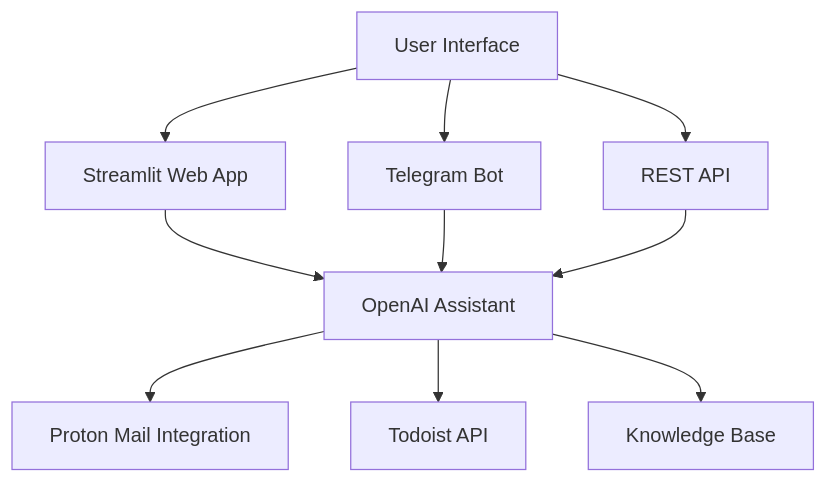
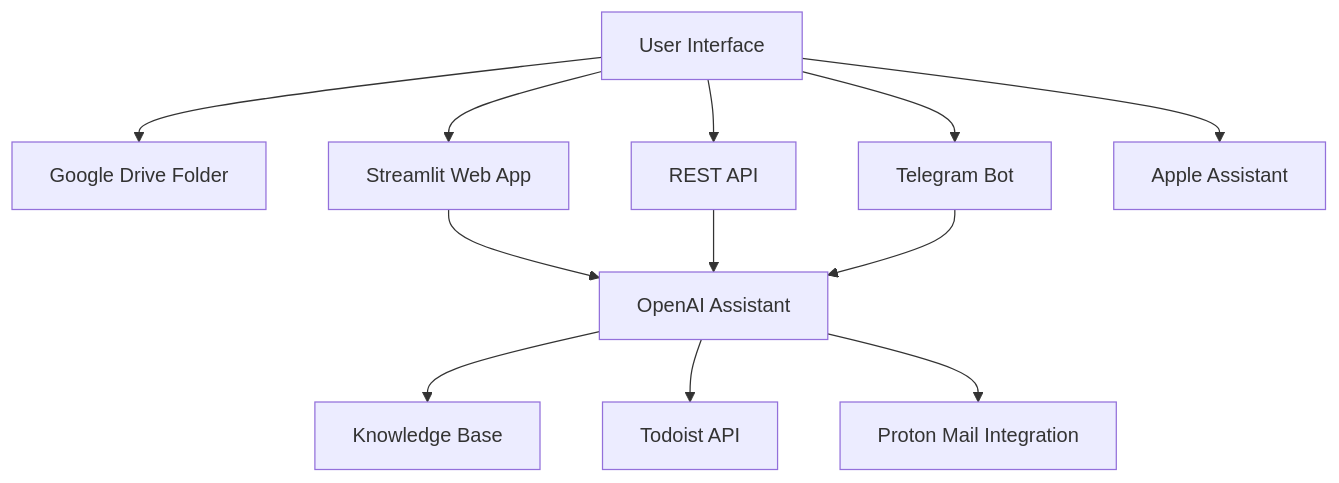
Before and after one commit to dberweger2017/ai-personal-assistant: the diagram in README.md, drawn with Mermaid.

Commit message:
Update flowchart in README.md to reflect changes in user interface components

````diff
--- a/README.md
+++ b/README.md
@@ -35,12 +35,14 @@
 ```mermaid
 graph TD
-    A[User Interface] --> B[Streamlit Web App]
-    A --> C[Telegram Bot]
+    A[User Interface] --> B[Google Drive Folder]
+    A --> C[Streamlit Web App]
     A --> D[REST API]
-    B --> E[OpenAI Assistant]
-    C --> E
-    D --> E
-    E --> F[Proton Mail Integration]
-    E --> G[Todoist API]
-    E --> H[Knowledge Base]
+    A --> E[Telegram Bot]
+    A --> F[Apple Assistant]
+    C --> G[OpenAI Assistant]
+    D --> G
+    E --> G
+    G --> H[Knowledge Base]
+    G --> I[Todoist API]
+    G --> J[Proton Mail Integration]
 ```
````
